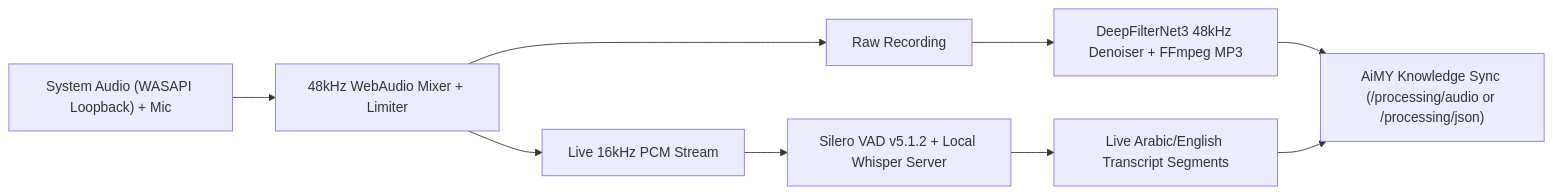
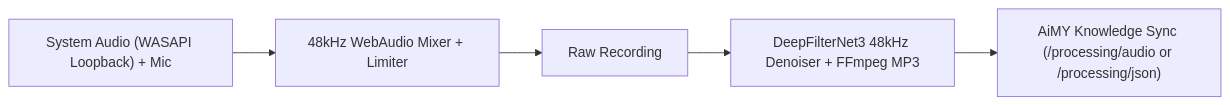
One commit to Flairstech-AIMY/aimy-meetings-desktop-client changed the diagram in README.md. Above: the diagram before and after it, drawn with Mermaid. The commit also changed other lines of this file and 41 other files, not shown here.

````diff
--- a/README.md
+++ b/README.md
@@ -42,11 +36,7 @@
 ```mermaid
 flowchart LR
     A["System Audio (WASAPI Loopback) + Mic"] --> B["48kHz WebAudio Mixer + Limiter"]
-    B --> C["Live 16kHz PCM Stream"]
     B --> D["Raw Recording"]
-    C --> E["Silero VAD v5.1.2 + Local Whisper Server"]
-    E --> F["Live Arabic/English Transcript Segments"]
     D --> G["DeepFilterNet3 48kHz Denoiser + FFmpeg MP3"]
     G --> H["AiMY Knowledge Sync (/processing/audio or /processing/json)"]
-    F --> H
 ```
````
